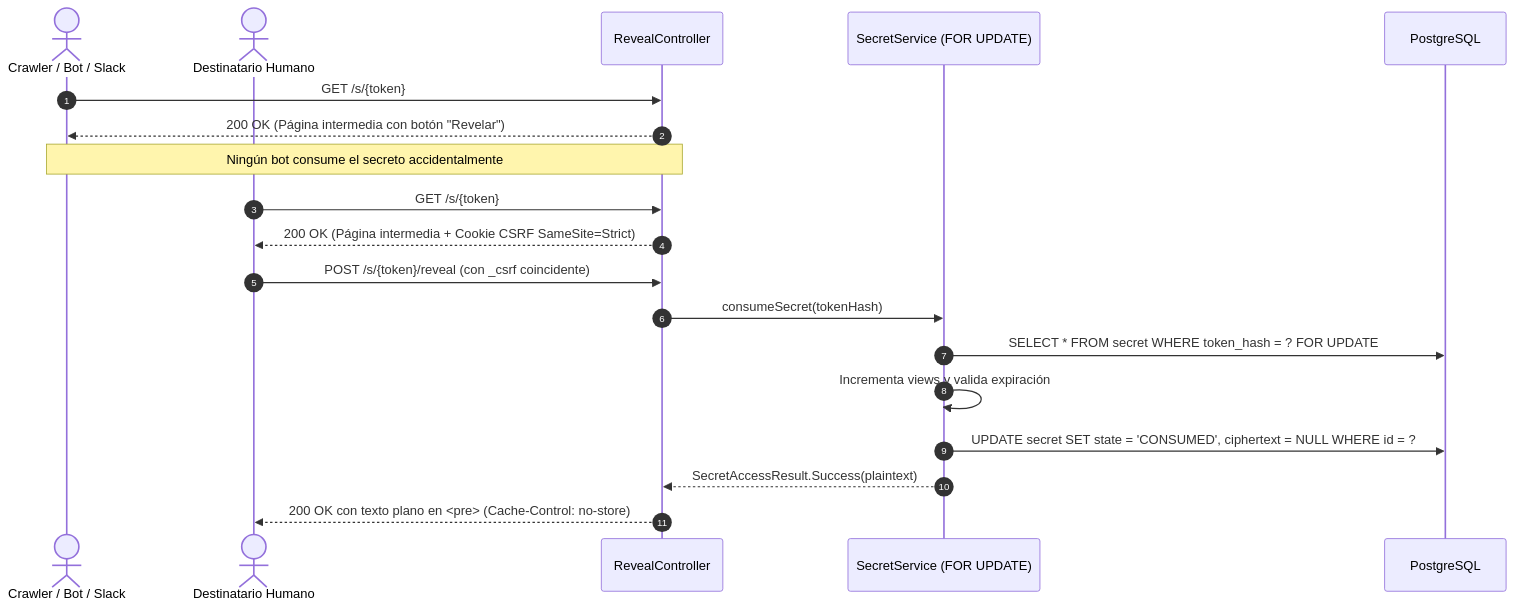
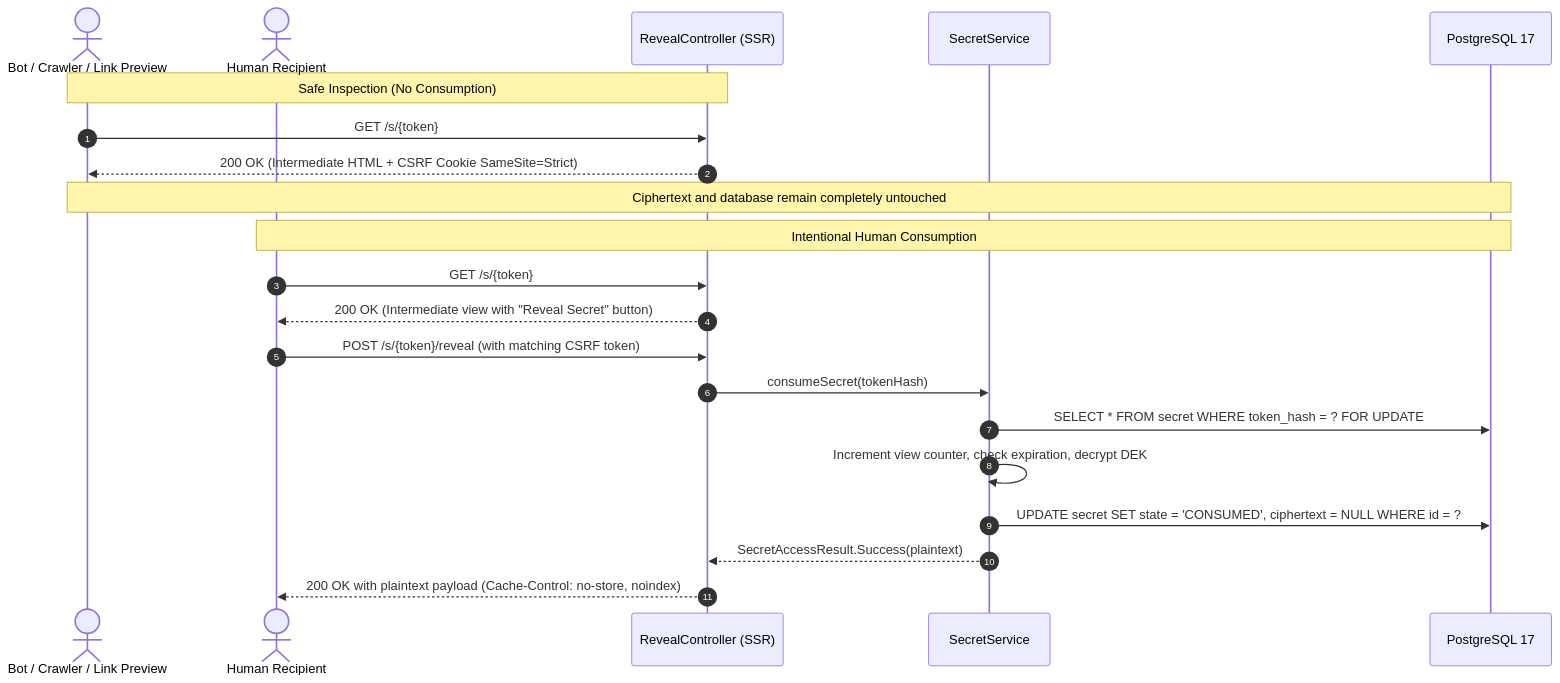
Before and after one commit to CharlyZeta/BurnBox: the second of 3 diagrams in README.md, drawn with Mermaid. The commit also changed other lines of this file and 5 other files, not shown here.

Commit message:
docs: revamp bilingual README, SECURITY.md, and architecture guides

````diff
--- a/README.md
+++ b/README.md
@@ -73,24 +152,25 @@
 ```mermaid
 sequenceDiagram
     autonumber
-    actor C as Crawler / Bot / Slack
-    actor U as Destinatario Humano
-    participant R as RevealController
-    participant S as SecretService (FOR UPDATE)
-    participant DB as PostgreSQL
+    actor Bot as Bot / Crawler / Link Preview
+    actor User as Human Recipient
+    participant R as RevealController (SSR)
+    participant S as SecretService
+    participant DB as PostgreSQL 17
 
-    C->>R: GET /s/{token}
-    R-->>C: 200 OK (Página intermedia con botón "Revelar")
-    Note over C,R: Ningún bot consume el secreto accidentalmente
+    Note over Bot,R: Safe Inspection (No Consumption)
+    Bot->>R: GET /s/{token}
+    R-->>Bot: 200 OK (Intermediate HTML + CSRF Cookie SameSite=Strict)
+    Note over Bot,DB: Ciphertext and database remain completely untouched
 
-    U->>R: GET /s/{token}
-    R-->>U: 200 OK (Página intermedia + Cookie CSRF SameSite=Strict)
-
-    U->>R: POST /s/{token}/reveal (con _csrf coincidente)
+    Note over User,DB: Intentional Human Consumption
+    User->>R: GET /s/{token}
+    R-->>User: 200 OK (Intermediate view with "Reveal Secret" button)
+    User->>R: POST /s/{token}/reveal (with matching CSRF token)
     R->>S: consumeSecret(tokenHash)
     S->>DB: SELECT * FROM secret WHERE token_hash = ? FOR UPDATE
-    S->>S: Incrementa views y valida expiración
+    S->>S: Increment view counter, check expiration, decrypt DEK
     S->>DB: UPDATE secret SET state = 'CONSUMED', ciphertext = NULL WHERE id = ?
     S-->>R: SecretAccessResult.Success(plaintext)
-    R-->>U: 200 OK con texto plano en <pre> (Cache-Control: no-store)
+    R-->>User: 200 OK with plaintext payload (Cache-Control: no-store, noindex)
 ```
````
